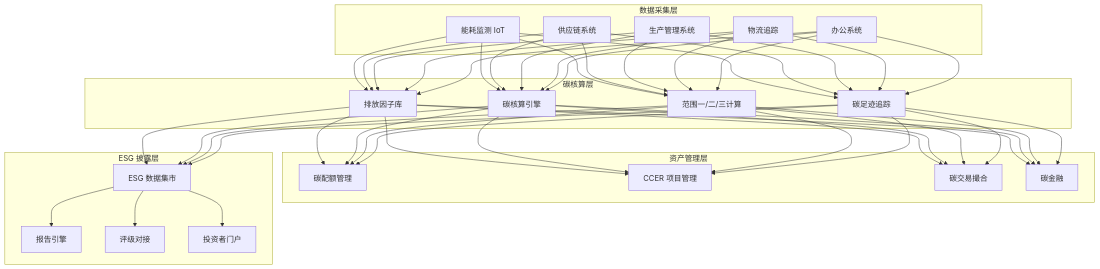
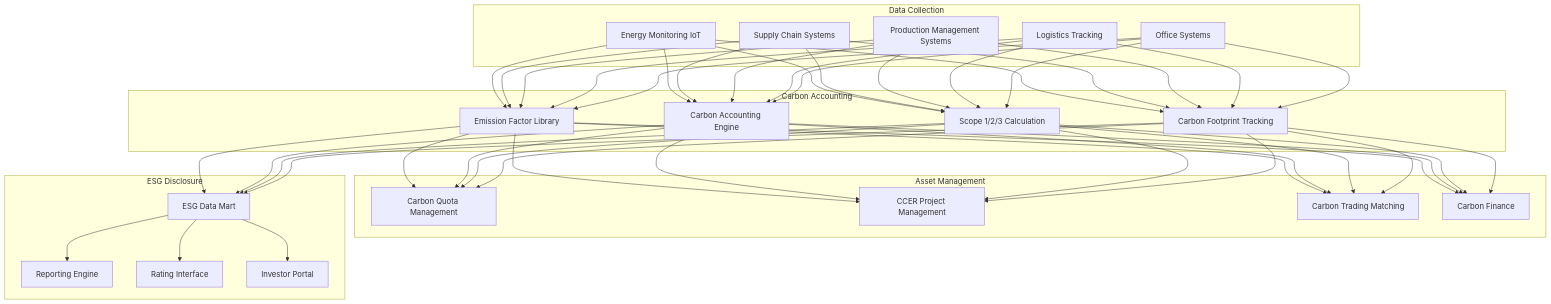
One commit to teaglebuilt/knowledge-tree changed the first of 3 diagrams in tree/application/architecture/carbon-esg-management.md. Above: the diagram before and after it, drawn with Mermaid. The commit also changed other lines of this file and 16 other files, not shown here.

````diff
--- a/tree/application/architecture/carbon-esg-management.md
+++ b/tree/application/architecture/carbon-esg-management.md
@@ -138,36 +107,36 @@
 ```mermaid
 graph TB
-    subgraph 数据采集层
-        I1[能耗监测 IoT]
-        I2[供应链系统]
-        I3[生产管理系统]
-        I4[物流追踪]
-        I5[办公系统]
+    subgraph Data Collection
+        I1[Energy Monitoring IoT]
+        I2[Supply Chain Systems]
+        I3[Production Management Systems]
+        I4[Logistics Tracking]
+        I5[Office Systems]
     end
 
-    subgraph 碳核算层
-        C1[排放因子库]
-        C2[碳核算引擎]
-        C3[范围一/二/三计算]
-        C4[碳足迹追踪]
+    subgraph Carbon Accounting
+        C1[Emission Factor Library]
+        C2[Carbon Accounting Engine]
+        C3[Scope 1/2/3 Calculation]
+        C4[Carbon Footprint Tracking]
     end
 
-    subgraph 资产管理层
-        A1[碳配额管理]
-        A2[CCER 项目管理]
-        A3[碳交易撮合]
-        A4[碳金融]
+    subgraph Asset Management
+        A1[Carbon Quota Management]
+        A2[CCER Project Management]
+        A3[Carbon Trading Matching]
+        A4[Carbon Finance]
     end
 
-    subgraph ESG 披露层
-        E1[ESG 数据集市]
-        E2[报告引擎]
-        E3[评级对接]
-        E4[投资者门户]
+    subgraph ESG Disclosure
+        E1[ESG Data Mart]
+        E2[Reporting Engine]
+        E3[Rating Interface]
+        E4[Investor Portal]
     end
 
     I1 & I2 & I3 & I4 & I5 --> C1 & C2 & C3 & C4
     C1 & C2 & C3 & C4 --> A1 & A2 & A3 & A4
     C1 & C2 & C3 & C4 --> E1
     E1 --> E2 & E3 & E4
 ```
````
